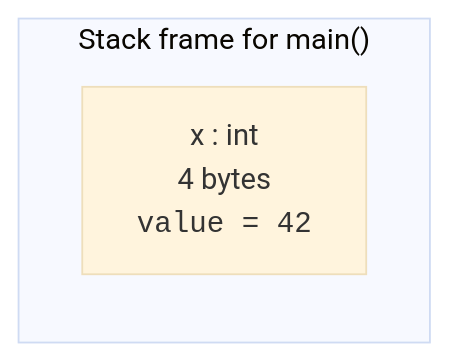
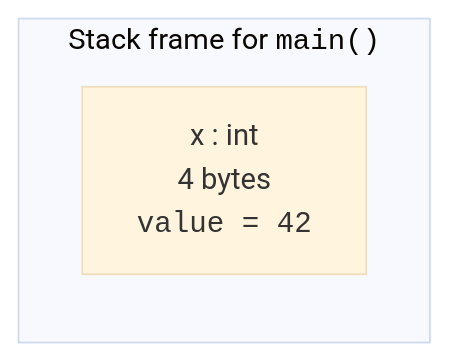
Before and after one commit to dataslope/dataslope: the first of 4 diagrams in content/courses/from-zero-to-cpp/variables-and-memory.mdx, drawn with Mermaid (base theme). The commit also changed 65 other files, not shown here.

First line of the commit message:
Set code in every mermaid label in the mono face

````diff
--- a/content/courses/from-zero-to-cpp/variables-and-memory.mdx
+++ b/content/courses/from-zero-to-cpp/variables-and-memory.mdx
@@ -25,6 +25,6 @@
 ```mermaid
 flowchart LR
-    subgraph "Stack frame for main()"
+    subgraph "Stack frame for <code>main()</code>"
         X["x : int<br/>4 bytes<br/><code>value = 42</code>"]
     end
 ```
````
